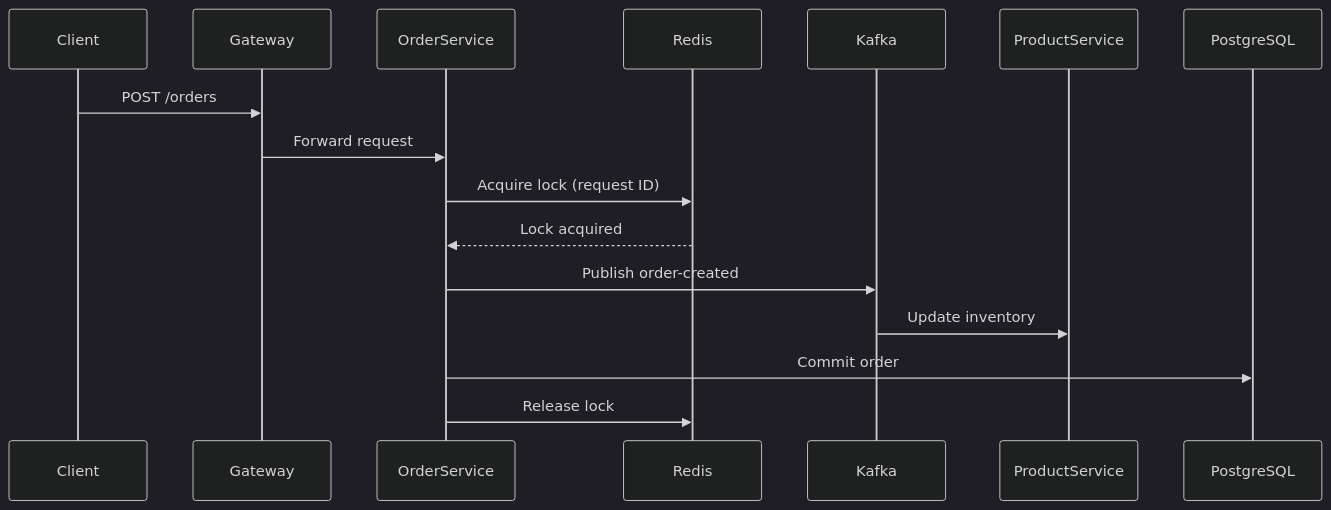
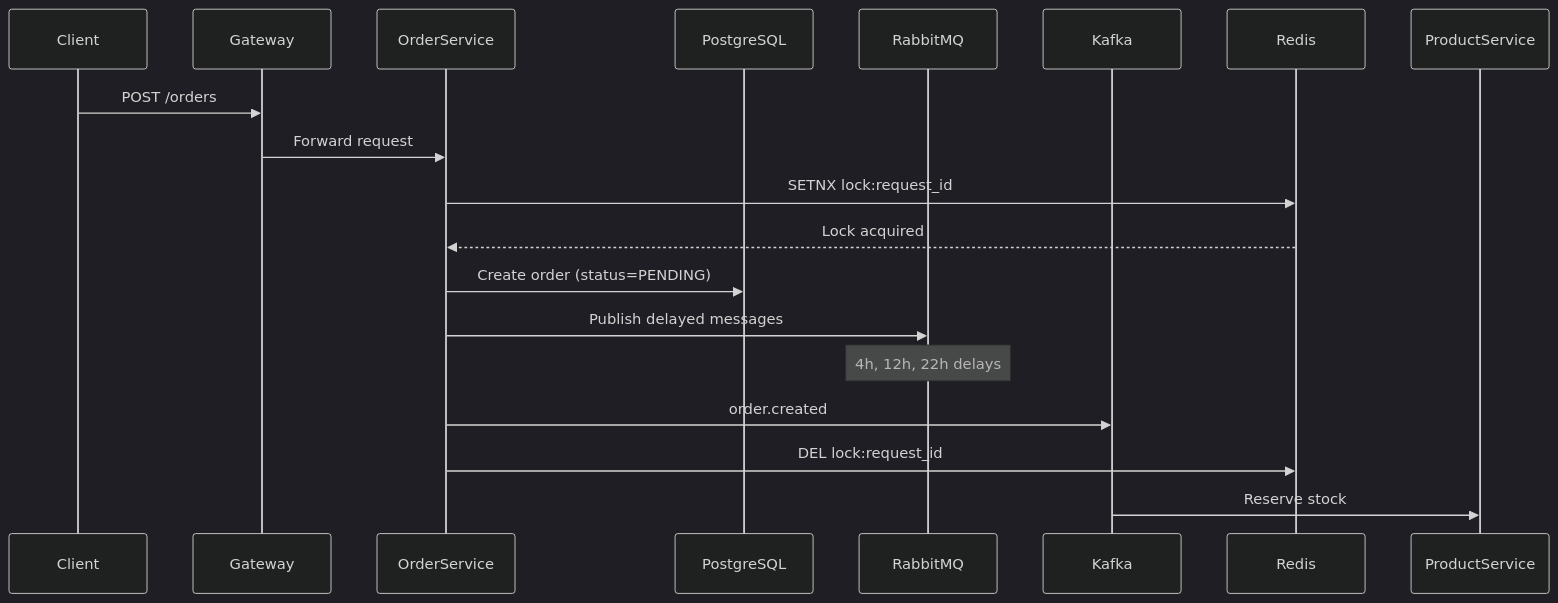
One commit to JordanMarcelino/learn-go-microservices changed the fifth of 12 diagrams in README.md. Above: the diagram before and after it, drawn with Mermaid (dark theme). The commit also changed other lines of this file and 4 other files, not shown here.

````diff
--- a/README.md
+++ b/README.md
@@ -100,17 +122,20 @@
 ```mermaid
 sequenceDiagram
   participant Client
   participant Gateway
   participant OrderService
-  participant Redis
+  participant PostgreSQL
+  participant RabbitMQ
   participant Kafka
 
   Client->>Gateway: POST /orders
   Gateway->>OrderService: Forward request
-  OrderService->>Redis: Acquire lock (request ID)
+  OrderService->>Redis: SETNX lock:request_id
   Redis-->>OrderService: Lock acquired
-  OrderService->>Kafka: Publish order-created
-  Kafka->>ProductService: Update inventory
-  OrderService->>PostgreSQL: Commit order
-  OrderService->>Redis: Release lock
+  OrderService->>PostgreSQL: Create order (status=PENDING)
+  OrderService->>RabbitMQ: Publish delayed messages
+  Note over RabbitMQ: 4h, 12h, 22h delays
+  OrderService->>Kafka: order.created
+  OrderService->>Redis: DEL lock:request_id
+  Kafka->>ProductService: Reserve stock
 ```
````
